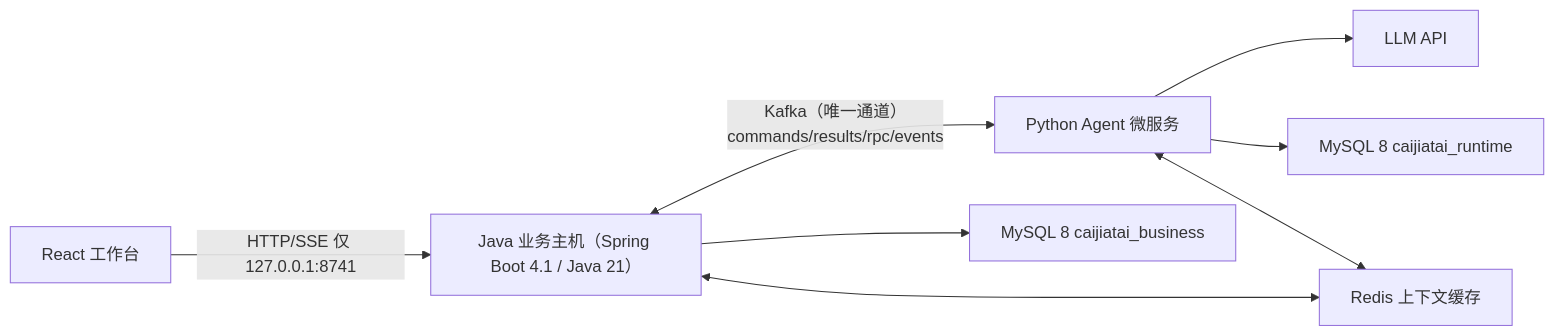
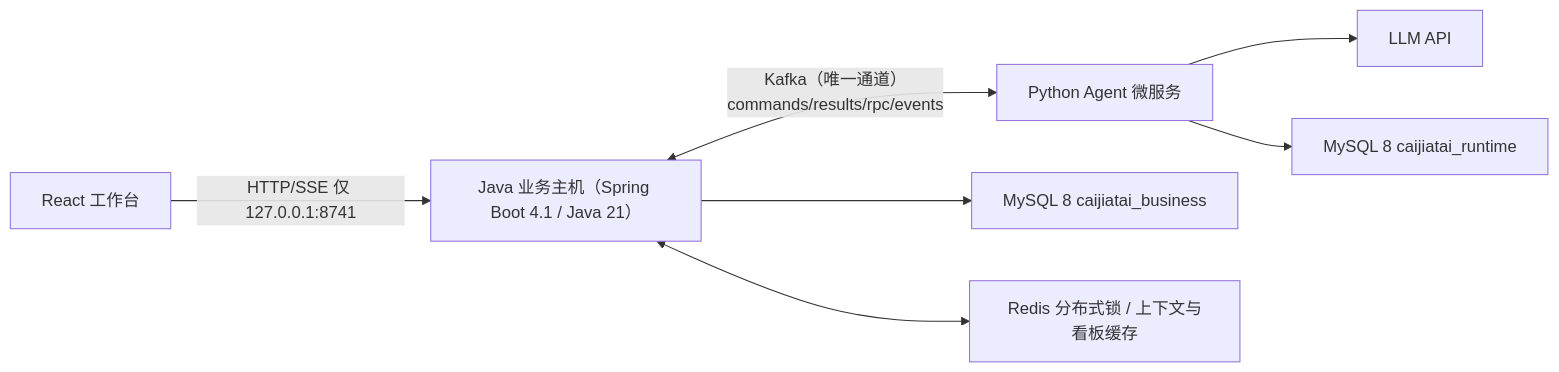
Before and after one commit to zxl666ab-sketch/agentharness: the second of 2 diagrams in README.md, drawn with Mermaid. The commit also changed other lines of this file and 2 other files, not shown here.

````diff
--- a/README.md
+++ b/README.md
@@ -23,10 +58,9 @@
 ```mermaid
 flowchart LR
     Browser["React 工作台"] -->|"HTTP/SSE 仅 127.0.0.1:8741"| Java["Java 业务主机（Spring Boot 4.1 / Java 21）"]
     Java <-->|"Kafka（唯一通道）commands/results/rpc/events"| Agent["Python Agent 微服务"]
     Agent --> Provider["LLM API"]
     Java --> MySQL["MySQL 8 caijiatai_business"]
     Agent --> RuntimeDB["MySQL 8 caijiatai_runtime"]
-    Java <--> Redis["Redis 上下文缓存"]
-    Agent <--> Redis
+    Java <--> Redis["Redis 分布式锁 / 上下文与看板缓存"]
 ```
````
